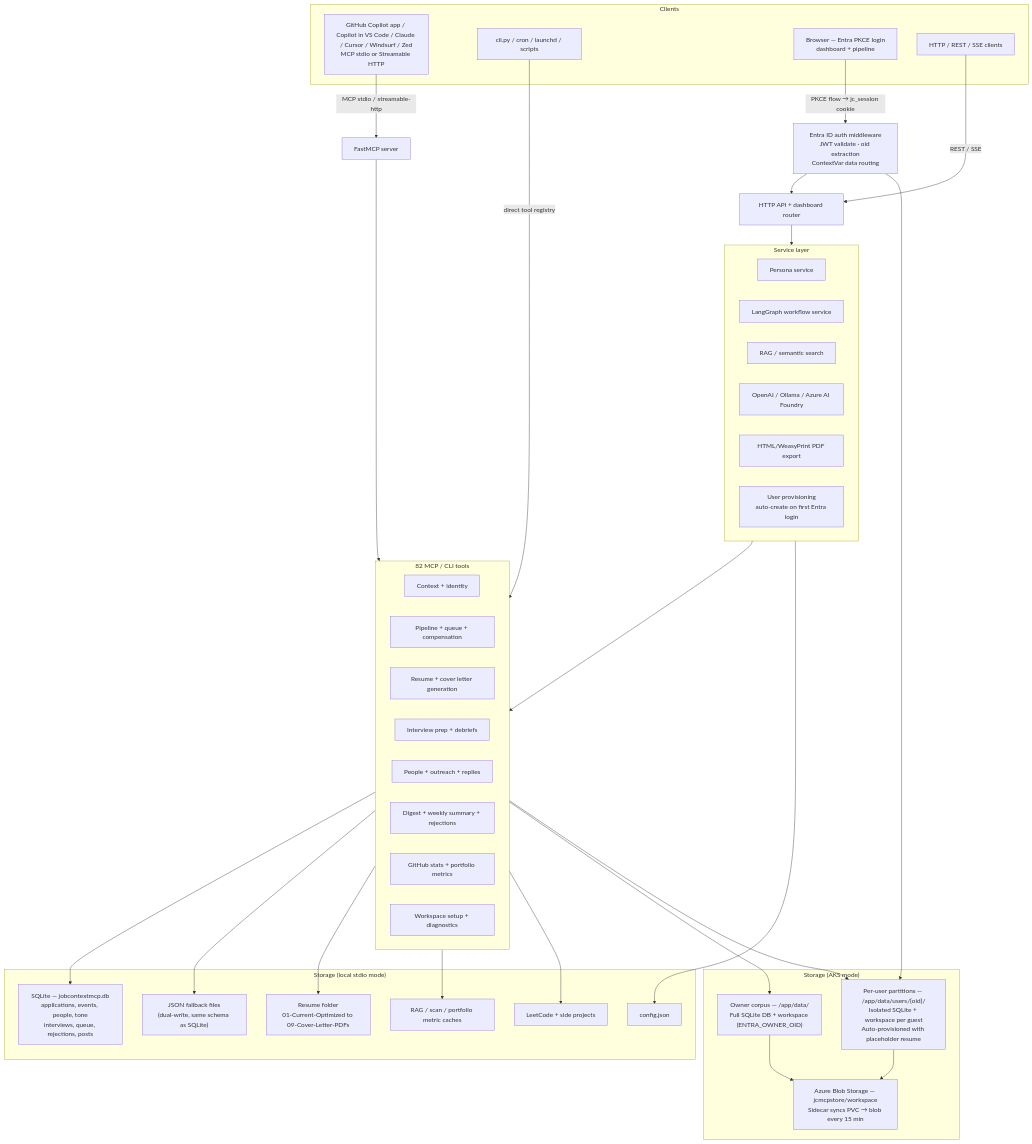
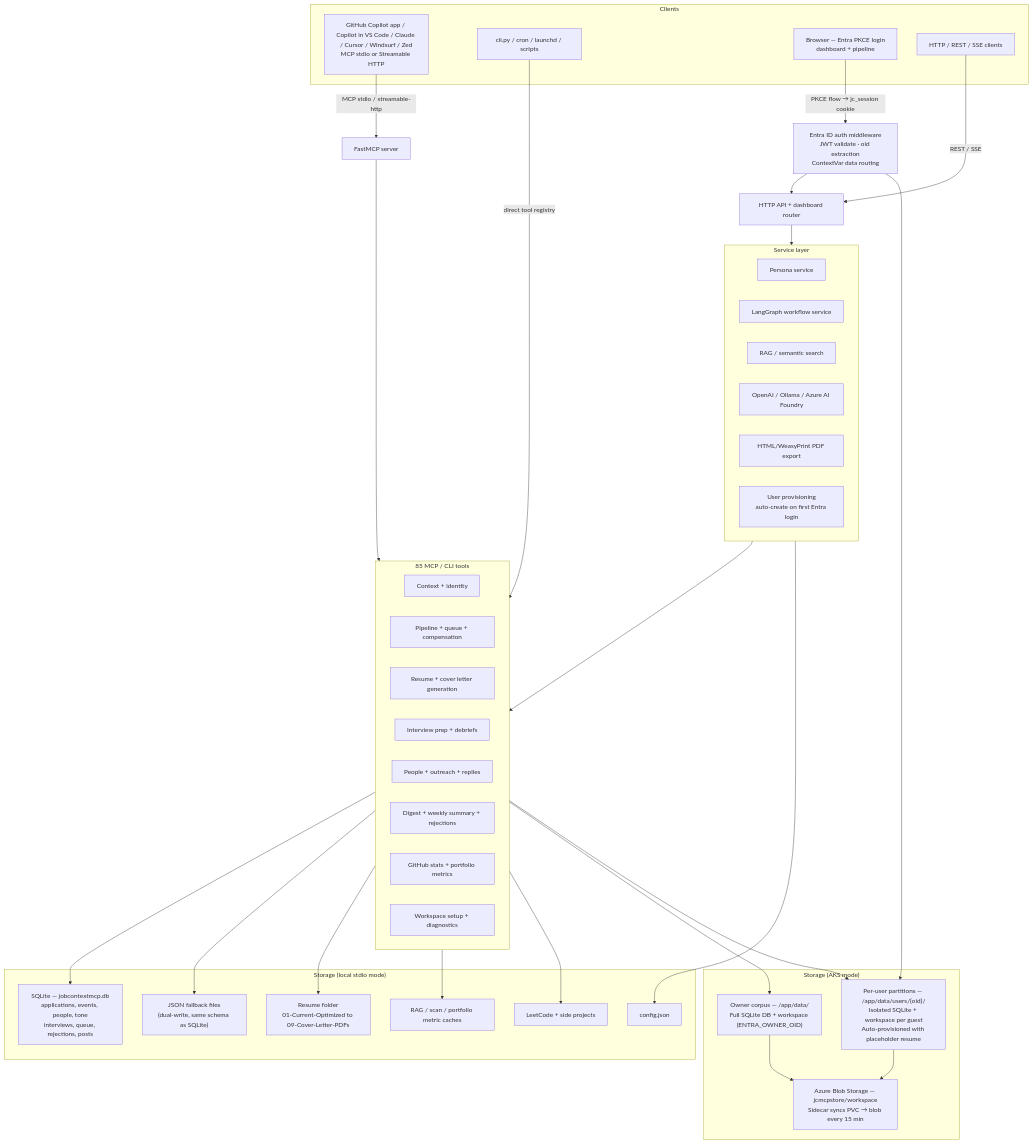
The first of 3 diagrams in README.md (JustLikeFrank3/jobContextMCP), drawn with Mermaid before and after one commit. The commit also changed other lines of this file, not shown here.

````diff
--- a/README.md
+++ b/README.md
@@ -141,66 +141,66 @@
 ```mermaid
 graph TB
   subgraph CLIENTS["Clients"]
     COPILOT["GitHub Copilot app / Copilot in VS Code / Claude / Cursor / Windsurf / Zed\nMCP stdio or Streamable HTTP"]
     CLI["cli.py / cron / launchd / scripts"]
     DASH["Browser — Entra PKCE login\ndashboard + pipeline"]
     HTTPCLIENT["HTTP / REST / SSE clients"]
   end
 
   COPILOT -->|"MCP stdio / streamable-http"| MCP["FastMCP server"]
   CLI -->|"direct tool registry"| TOOLS
   DASH -->|"PKCE flow → jc_session cookie"| ENTRA["Entra ID auth middleware\nJWT validate · oid extraction\nContextVar data routing"]
   HTTPCLIENT -->|"REST / SSE"| HTTP["HTTP API + dashboard router"]
   ENTRA --> HTTP
 
   HTTP --> SERVICES
   MCP --> TOOLS
   SERVICES --> TOOLS
 
   subgraph SERVICES["Service layer"]
     PERSONA["Persona service"]
     WORKFLOW["LangGraph workflow service"]
     RAG["RAG / semantic search"]
     LLM["OpenAI / Ollama / Azure AI Foundry"]
     PDF["HTML/WeasyPrint PDF export"]
     PROV["User provisioning\nauto-create on first Entra login"]
   end
 
-  subgraph TOOLS["82 MCP / CLI tools"]
+  subgraph TOOLS["85 MCP / CLI tools"]
     CTX["Context + identity"]
     PIPE["Pipeline + queue + compensation"]
     DOCS["Resume + cover letter generation"]
     INTERVIEW["Interview prep + debriefs"]
     OUTREACH["People + outreach + replies"]
     ANALYTICS["Digest + weekly summary + rejections"]
     PORTFOLIO["GitHub stats + portfolio metrics"]
     SETUP["Workspace setup + diagnostics"]
   end
 
   subgraph FILES["Storage (local stdio mode)"]
     CONFIG["config.json"]
     SQLITE["SQLite — jobcontextmcp.db\napplications, events, people, tone\ninterviews, queue, rejections, posts"]
     DATA["JSON fallback files\n(dual-write, same schema as SQLite)"]
     MATERIALS["Resume folder\n01-Current-Optimized to 09-Cover-Letter-PDFs"]
     INDEX["RAG / scan / portfolio metric caches"]
     PROJECTS["LeetCode + side projects"]
   end
 
   subgraph AKS_FILES["Storage (AKS mode)"]
     AKS_OWNER["Owner corpus — /app/data/\nFull SQLite DB + workspace (ENTRA_OWNER_OID)"]
     AKS_USERS["Per-user partitions — /app/data/users/{oid}/\nIsolated SQLite + workspace per guest\nAuto-provisioned with placeholder resume"]
     BLOB["Azure Blob Storage — jcmcpstore/workspace\nSidecar syncs PVC → blob every 15 min"]
   end
 
   SERVICES --> CONFIG
   TOOLS --> SQLITE
   TOOLS --> DATA
   TOOLS --> MATERIALS
   TOOLS --> INDEX
   TOOLS --> PROJECTS
   TOOLS --> AKS_OWNER
   TOOLS --> AKS_USERS
   ENTRA --> AKS_USERS
   AKS_OWNER --> BLOB
   AKS_USERS --> BLOB
 ```
````
